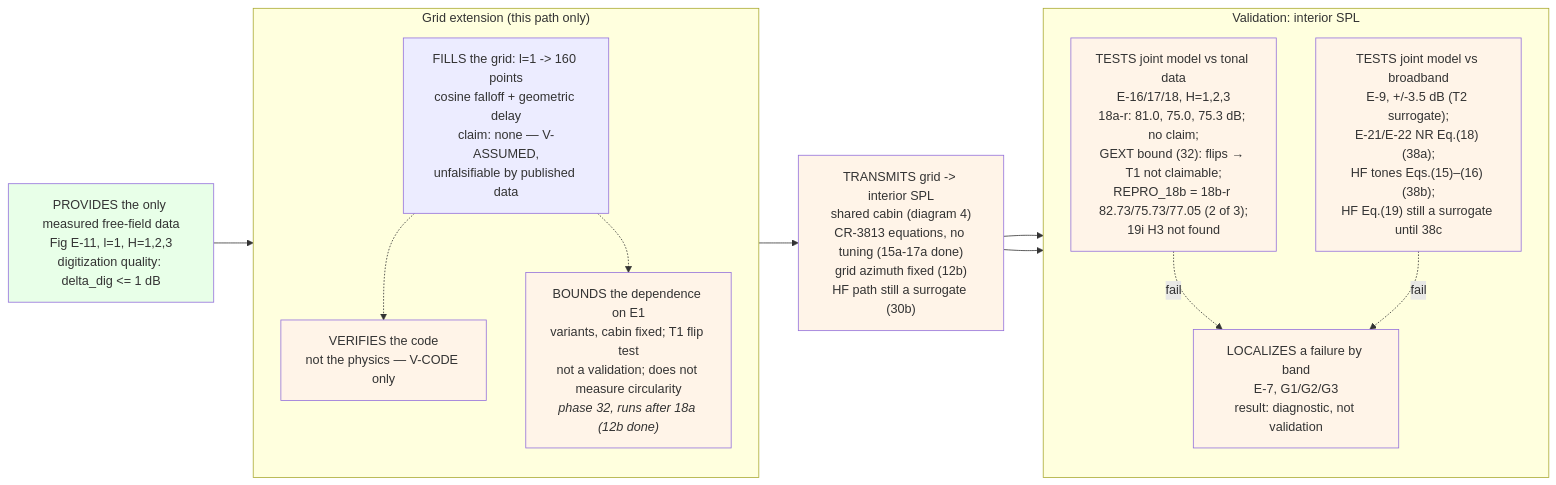
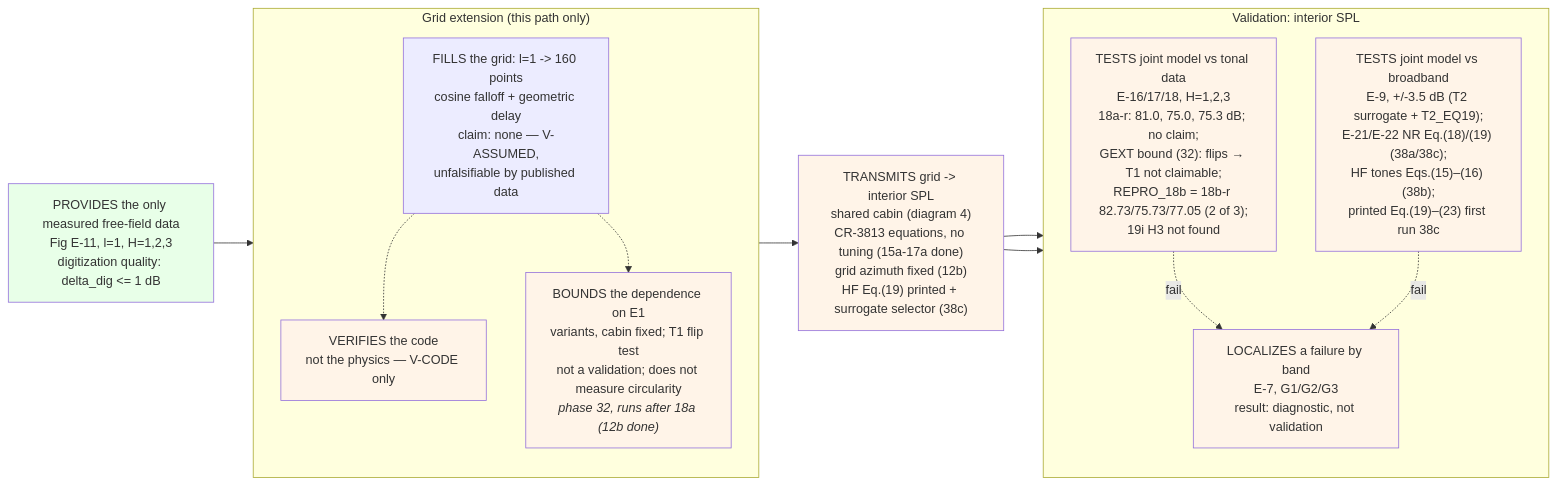
Before and after one commit to hoangf1/PAIN: the second of 6 diagrams in rea-work/docs/flowchart.md, drawn with Mermaid. The commit also changed other lines of this file and 42 other files, not shown here.

Commit message:
38c: printed HF broadband Eqs. (19)-(23), T2_EQ19 case (first run: not met)

````diff
--- a/rea-work/docs/flowchart.md
+++ b/rea-work/docs/flowchart.md
@@ -55,36 +55,36 @@
 ```mermaid
 flowchart LR
     S["PROVIDES the only measured free-field data<br/>Fig E-11, l=1, H=1,2,3<br/>digitization quality: delta_dig <= 1 dB"]
 
     subgraph EXT["Grid extension (this path only)"]
         direction TB
         E1["FILLS the grid: l=1 -> 160 points<br/>cosine falloff + geometric delay<br/>claim: none — V-ASSUMED,<br/>unfalsifiable by published data"]
         E2["VERIFIES the code<br/>not the physics — V-CODE only"]
         E3["BOUNDS the dependence on E1<br/>variants, cabin fixed; T1 flip test<br/>not a validation; does not measure circularity<br/><i>phase 32, runs after 18a (12b done)</i>"]
     end
 
-    CAB["TRANSMITS grid -> interior SPL<br/>shared cabin (diagram 4)<br/>CR-3813 equations, no tuning (15a-17a done)<br/>grid azimuth fixed (12b)<br/>HF path still a surrogate (30b)"]
+    CAB["TRANSMITS grid -> interior SPL<br/>shared cabin (diagram 4)<br/>CR-3813 equations, no tuning (15a-17a done)<br/>grid azimuth fixed (12b)<br/>HF Eq.(19) printed + surrogate selector (38c)"]
 
     subgraph VAL["Validation: interior SPL"]
         direction TB
         V1["TESTS joint model vs tonal data<br/>E-16/17/18, H=1,2,3<br/>18a-r: 81.0, 75.0, 75.3 dB; no claim;<br/>GEXT bound (32): flips → T1 not claimable;<br/>REPRO_18b = 18b-r 82.73/75.73/77.05 (2 of 3);<br/>19i H3 not found"]
-        V2["TESTS joint model vs broadband<br/>E-9, +/-3.5 dB (T2 surrogate);<br/>E-21/E-22 NR Eq.(18) (38a);<br/>HF tones Eqs.(15)–(16) (38b);<br/>HF Eq.(19) still a surrogate until 38c"]
+        V2["TESTS joint model vs broadband<br/>E-9, +/-3.5 dB (T2 surrogate + T2_EQ19);<br/>E-21/E-22 NR Eq.(18)/(19) (38a/38c);<br/>HF tones Eqs.(15)–(16) (38b);<br/>printed Eq.(19)–(23) first run 38c"]
         V3["LOCALIZES a failure by band<br/>E-7, G1/G2/G3<br/>result: diagnostic, not validation"]
     end
 
     S --> E1
     E1 --> CAB
     E1 -.-> E2
     E1 -.-> E3
     CAB --> V1 & V2
     V1 -.->|fail| V3
     V2 -.->|fail| V3
 
     style S fill:#e8ffe8
     style CAB fill:#fff4e8
     style V1 fill:#fff4e8
     style V2 fill:#fff4e8
     style E2 fill:#fff4e8
     style E3 fill:#fff4e8
     style V3 fill:#fff4e8
 ```
````
